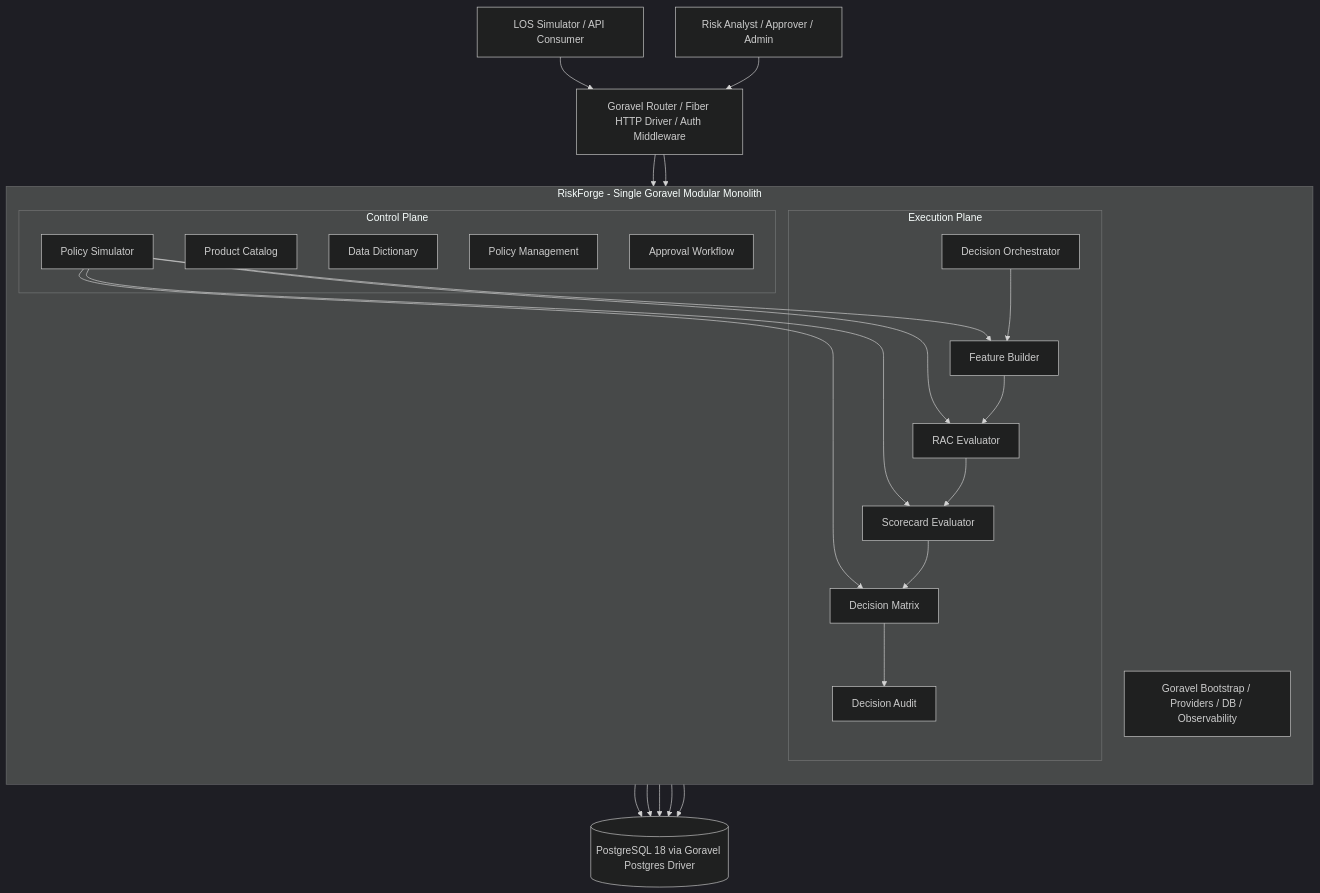
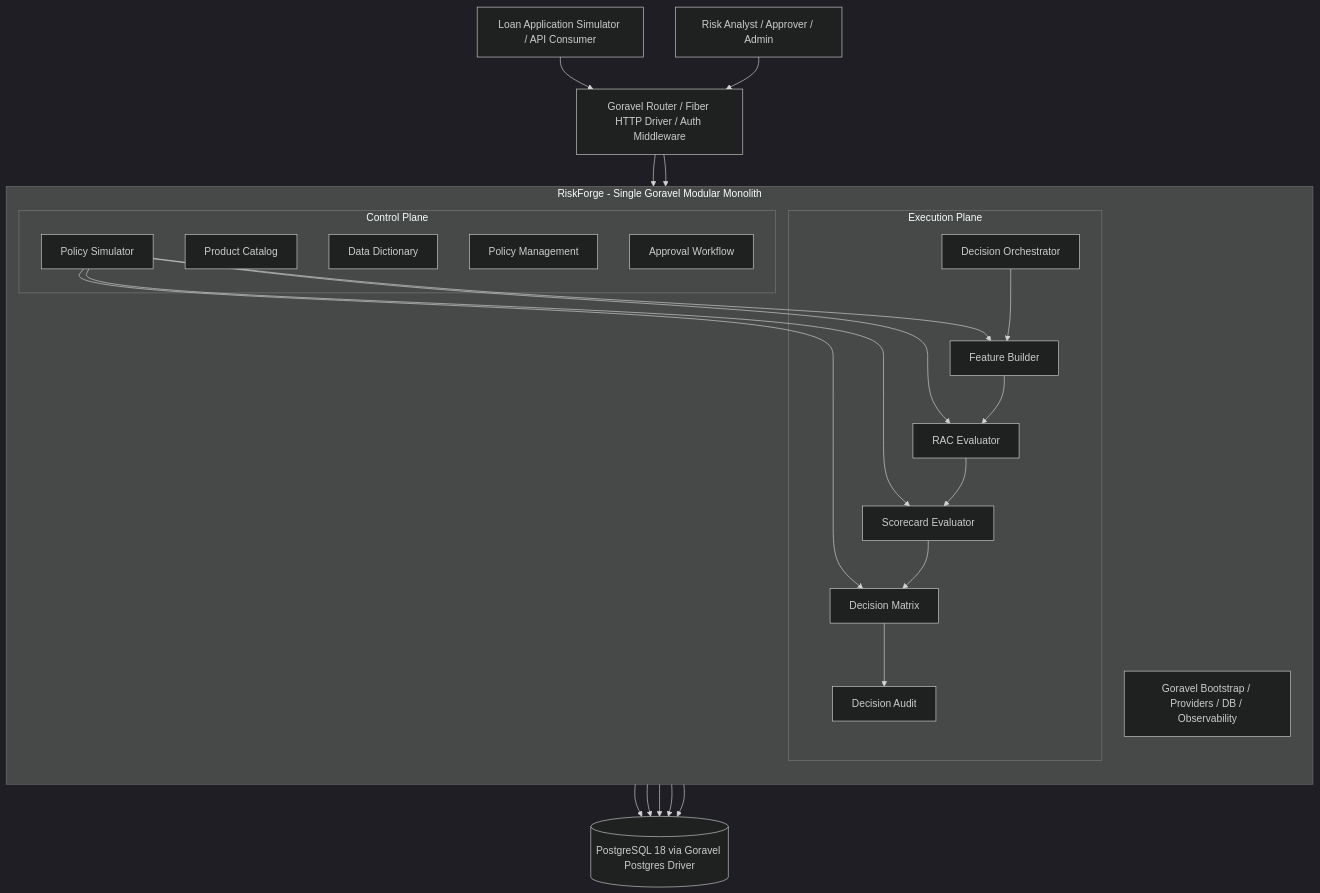
The first of 8 diagrams in SYSTEM_DESIGN.md (lathief/RiskForge), drawn with Mermaid (dark theme) before and after one commit. The commit also changed other lines of this file and 7 other files, not shown here.

Commit message:
docs: rename LOS to Loan Application (design, demo user demo_loan_application, test fixtures)

````diff
--- a/SYSTEM_DESIGN.md
+++ b/SYSTEM_DESIGN.md
@@ -185,40 +185,40 @@
 ```mermaid
 flowchart TB
-  LOS[LOS Simulator / API Consumer]
+  LoanApp[Loan Application Simulator / API Consumer]
   ADMIN[Risk Analyst / Approver / Admin]
   API[Goravel Router / Fiber HTTP Driver / Auth Middleware]
   subgraph APP[RiskForge - Single Goravel Modular Monolith]
     direction TB
     subgraph CONTROL[Control Plane]
       CATALOG[Product Catalog]
       DICT[Data Dictionary]
       POLICY[Policy Management]
       APPROVAL[Approval Workflow]
       SIM[Policy Simulator]
     end
     subgraph EXEC[Execution Plane]
       ORCH[Decision Orchestrator]
       FEATURES[Feature Builder]
       RAC[RAC Evaluator]
       SCORE[Scorecard Evaluator]
       MATRIX[Decision Matrix]
       TRACE[Decision Audit]
     end
     SHARED[Goravel Bootstrap / Providers / DB / Observability]
   end
   DB[(PostgreSQL 18 via Goravel Postgres Driver)]
-  LOS --> API
+  LoanApp --> API
   ADMIN --> API
   API --> CONTROL
   API --> ORCH
   POLICY --> DB
   APPROVAL --> DB
   SIM --> FEATURES
   SIM --> RAC
   SIM --> SCORE
   SIM --> MATRIX
   ORCH --> FEATURES --> RAC --> SCORE --> MATRIX --> TRACE
   ORCH --> DB
   TRACE --> DB
   SHARED --> DB
 ```
````
